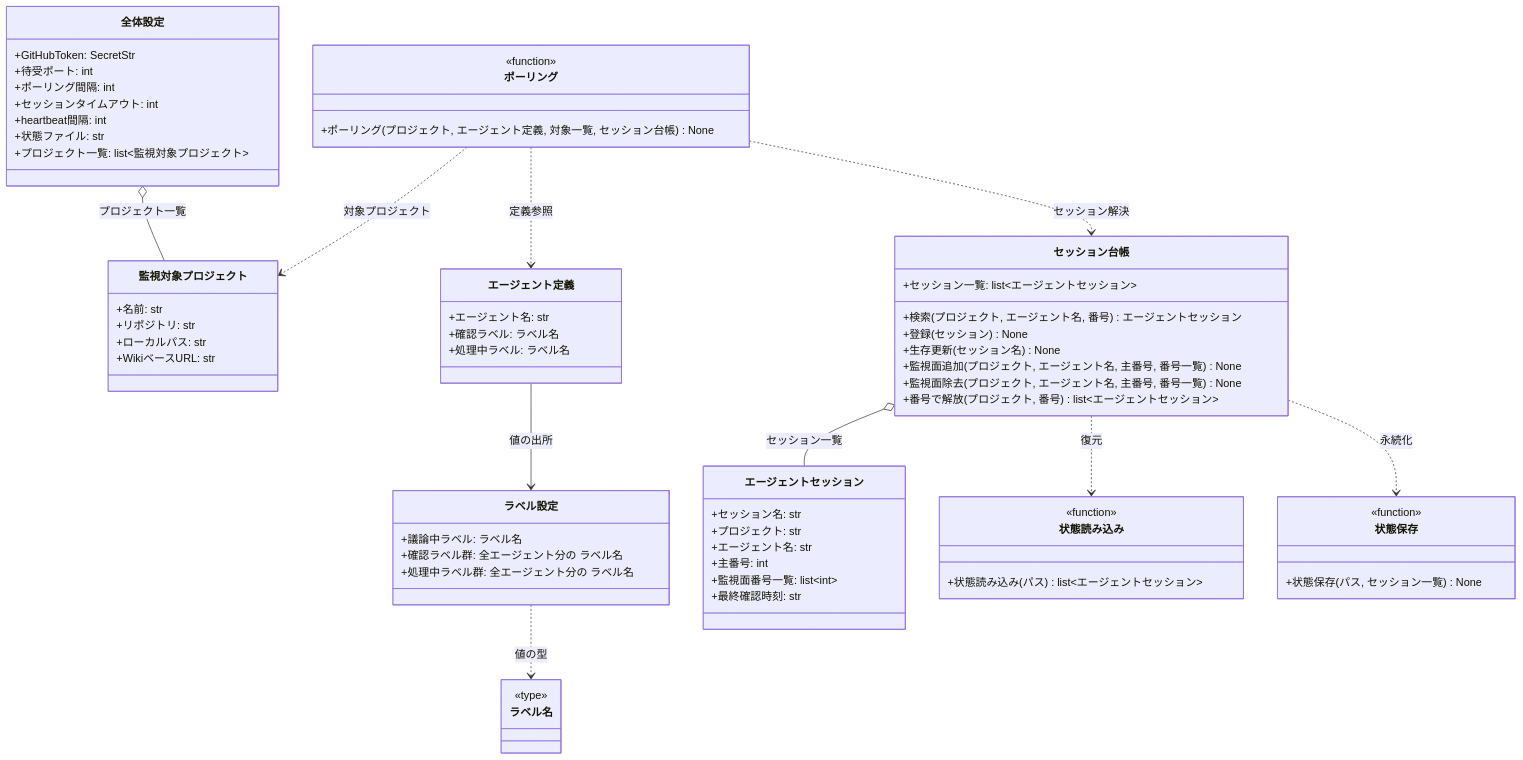
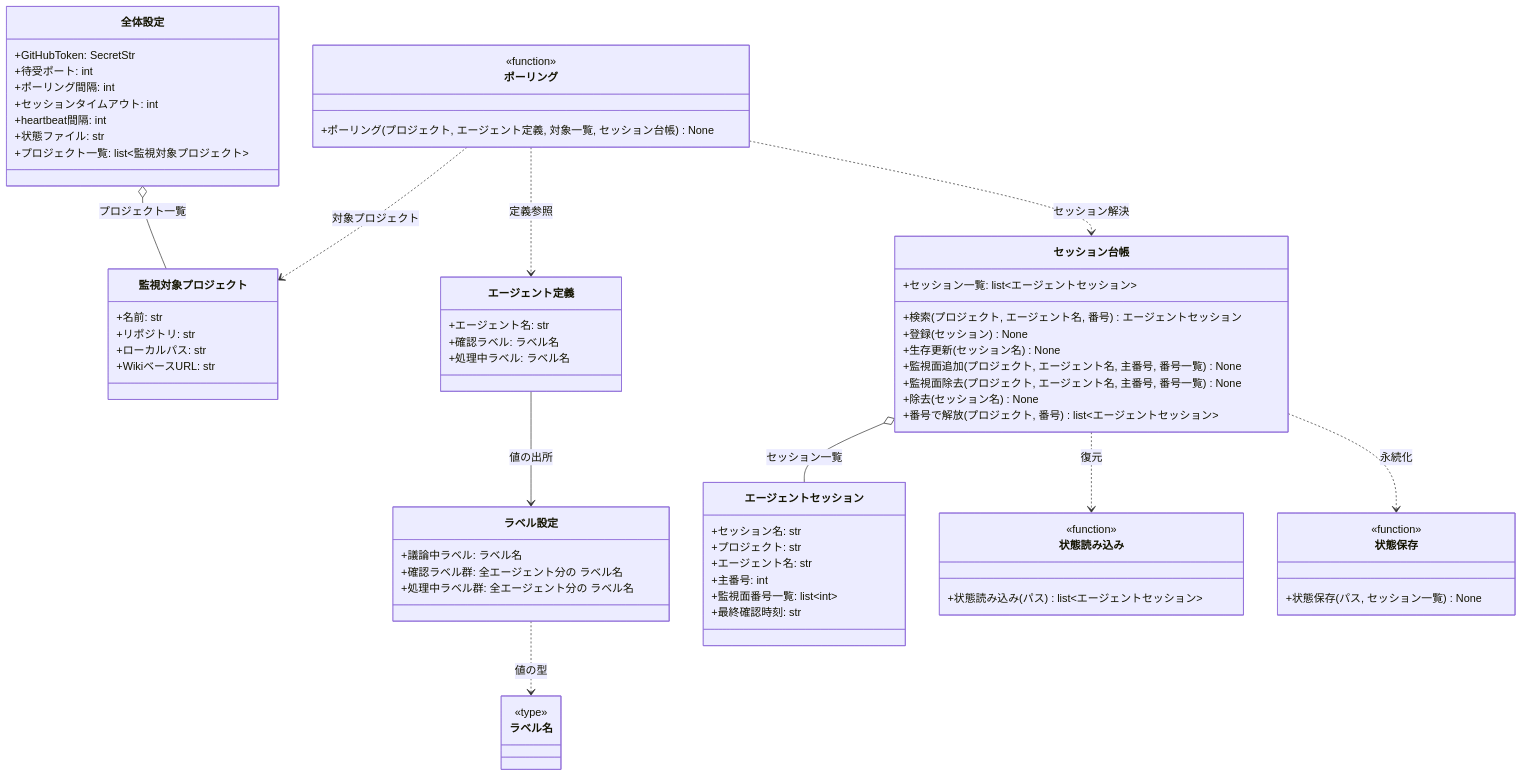
One commit to shuhei1101/ai-monitor-e2e changed the second of 2 diagrams in docs/wiki/設計図/モジュール構成/モニター/エージェント管理.md. Above: the diagram before and after it, drawn with Mermaid. The commit also changed other lines of this file and 19 other files, not shown here.

````diff
--- a/docs/wiki/設計図/モジュール構成/モニター/エージェント管理.md
+++ b/docs/wiki/設計図/モジュール構成/モニター/エージェント管理.md
@@ -88,81 +89,82 @@
 ```mermaid
 classDiagram
   エージェント定義 --> ラベル設定 : 値の出所
   ラベル設定 ..> ラベル名 : 値の型
   全体設定 o-- 監視対象プロジェクト : プロジェクト一覧
   ポーリング ..> 監視対象プロジェクト : 対象プロジェクト
   ポーリング ..> エージェント定義 : 定義参照
   ポーリング ..> セッション台帳 : セッション解決
   セッション台帳 o-- エージェントセッション : セッション一覧
   セッション台帳 ..> 状態読み込み : 復元
   セッション台帳 ..> 状態保存 : 永続化
 
   class 全体設定 {
     +GitHubToken: SecretStr
     +待受ポート: int
     +ポーリング間隔: int
     +セッションタイムアウト: int
     +heartbeat間隔: int
     +状態ファイル: str
     +プロジェクト一覧: list~監視対象プロジェクト~
   }
   class 監視対象プロジェクト {
     +名前: str
     +リポジトリ: str
     +ローカルパス: str
     +WikiベースURL: str
   }
   class エージェント定義 {
     +エージェント名: str
     +確認ラベル: ラベル名
     +処理中ラベル: ラベル名
   }
   class ラベル設定 {
     +議論中ラベル: ラベル名
     +確認ラベル群: 全エージェント分の ラベル名
     +処理中ラベル群: 全エージェント分の ラベル名
   }
   class ラベル名 {
     <<type>>
   }
   class ポーリング {
     <<function>>
     +ポーリング(プロジェクト, エージェント定義, 対象一覧, セッション台帳) None
   }
   class エージェントセッション {
     +セッション名: str
     +プロジェクト: str
     +エージェント名: str
     +主番号: int
     +監視面番号一覧: list~int~
     +最終確認時刻: str
   }
   class セッション台帳 {
     +セッション一覧: list~エージェントセッション~
     +検索(プロジェクト, エージェント名, 番号) エージェントセッション
     +登録(セッション) None
     +生存更新(セッション名) None
     +監視面追加(プロジェクト, エージェント名, 主番号, 番号一覧) None
     +監視面除去(プロジェクト, エージェント名, 主番号, 番号一覧) None
+    +除去(セッション名) None
     +番号で解放(プロジェクト, 番号) list~エージェントセッション~
   }
   class 状態読み込み {
     <<function>>
     +状態読み込み(パス) list~エージェントセッション~
   }
   class 状態保存 {
     <<function>>
     +状態保存(パス, セッション一覧) None
   }
 
   click 全体設定 href "#全体設定"
   click 監視対象プロジェクト href "#監視対象プロジェクト"
   click エージェント定義 href "#エージェント定義"
   click ラベル設定 href "#ラベル設定"
   click ラベル名 href "#ラベル名"
   click ポーリング href "#ポーリング"
   click エージェントセッション href "#エージェントセッション"
   click セッション台帳 href "#セッション台帳"
   click 状態読み込み href "#状態読み込み"
   click 状態保存 href "#状態保存"
 ```
````
